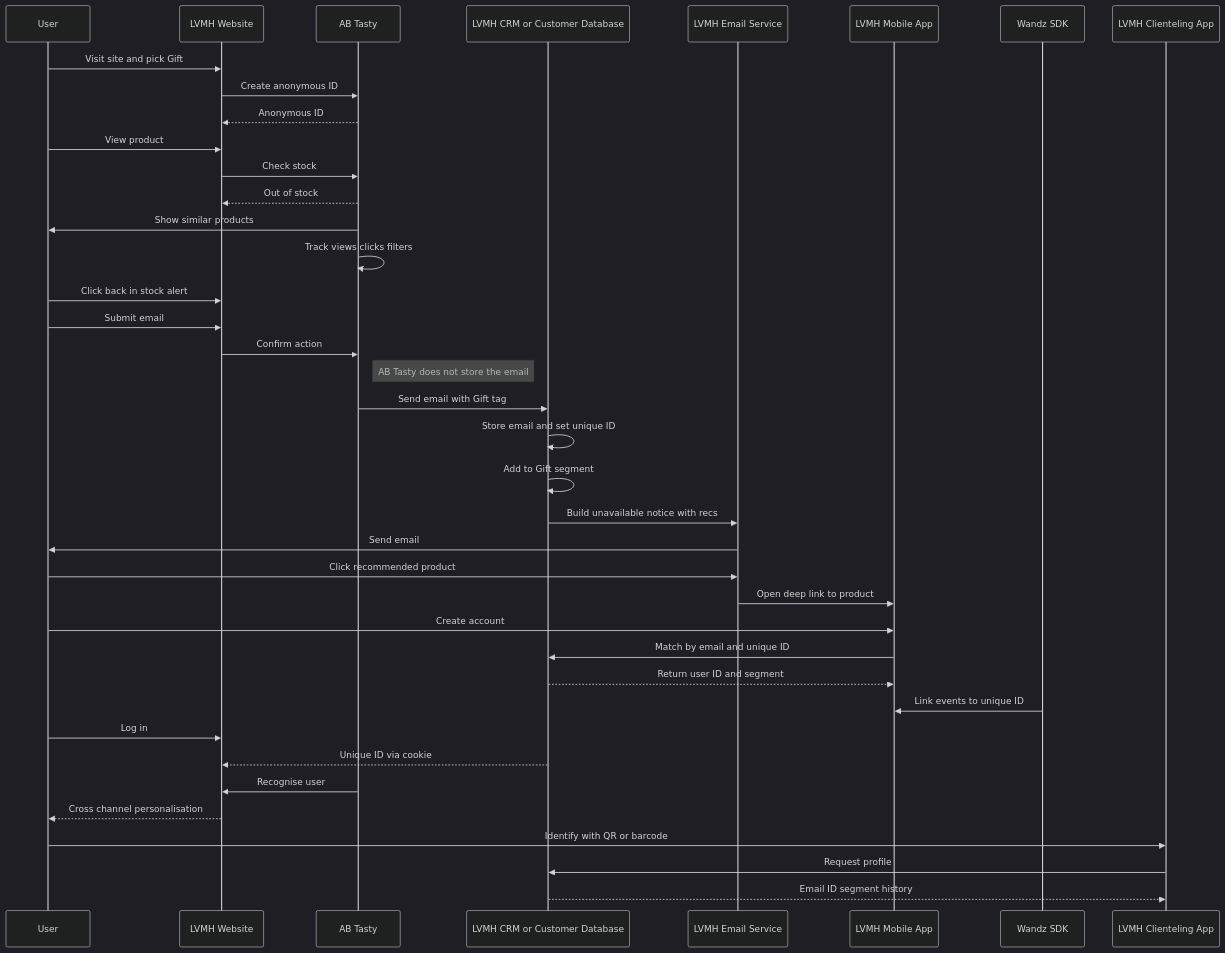
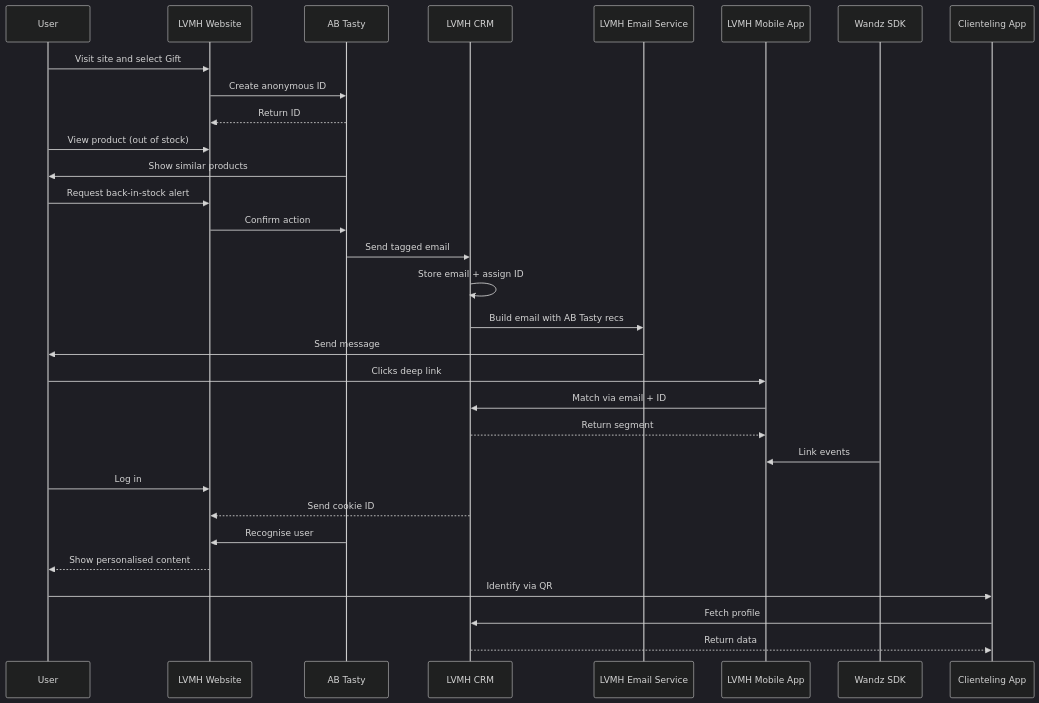
The second of 3 diagrams in README.md (valoudefou/luxury-perosnalisation-across-channel), drawn with Mermaid (dark theme) before and after one commit. The commit also changed other lines of this file, not shown here.

````diff
--- a/README.md
+++ b/README.md
@@ -106,53 +97,37 @@
 ```mermaid
 sequenceDiagram
   participant User
   participant Website as LVMH Website
   participant ABTasty as AB Tasty
-  participant CRM as LVMH CRM or Customer Database
+  participant CRM as LVMH CRM
   participant Email as LVMH Email Service
   participant App as LVMH Mobile App
   participant Wandz as Wandz SDK
-  participant Store as LVMH Clienteling App
+  participant Store as Clienteling App
 
-  %% Step 1 - LVMH Website visit
-  User->>Website: Visit site and pick Gift
+  User->>Website: Visit site and select Gift
   Website->>ABTasty: Create anonymous ID
-  ABTasty-->>Website: Anonymous ID
-  User->>Website: View product
-  Website->>ABTasty: Check stock
-  ABTasty-->>Website: Out of stock
+  ABTasty-->>Website: Return ID
+  User->>Website: View product (out of stock)
   ABTasty->>User: Show similar products
-  ABTasty->>ABTasty: Track views clicks filters
+  User->>Website: Request back-in-stock alert
+  Website->>ABTasty: Confirm action
+  ABTasty->>CRM: Send tagged email
 
-  %% Step 2 - Back in stock alert
-  User->>Website: Click back in stock alert
-  User->>Website: Submit email
-  Website->>ABTasty: Confirm action
-  note right of ABTasty: AB Tasty does not store the email
-  ABTasty->>CRM: Send email with Gift tag
+  CRM->>CRM: Store email + assign ID
+  CRM->>Email: Build email with AB Tasty recs
+  Email->>User: Send message
+  User->>App: Clicks deep link
+  App->>CRM: Match via email + ID
+  CRM-->>App: Return segment
+  Wandz->>App: Link events
 
-  %% Step 3 - LVMH CRM identification and email
-  CRM->>CRM: Store email and set unique ID
-  CRM->>CRM: Add to Gift segment
-  CRM->>Email: Build unavailable notice with recs
-  Email->>User: Send email
-  User->>Email: Click recommended product
+  User->>Website: Log in
+  CRM-->>Website: Send cookie ID
+  ABTasty->>Website: Recognise user
+  Website-->>User: Show personalised content
 
-  %% Step 4 - LVMH Mobile app interaction
-  Email->>App: Open deep link to product
-  User->>App: Create account
-  App->>CRM: Match by email and unique ID
-  CRM-->>App: Return user ID and segment
-  Wandz->>App: Link events to unique ID
-
-  %% Step 5 - LVMH Web login
-  User->>Website: Log in
-  CRM-->>Website: Unique ID via cookie
-  ABTasty->>Website: Recognise user
-  Website-->>User: Cross channel personalisation
-
-  %% Step 6 - LVMH In store
-  User->>Store: Identify with QR or barcode
-  Store->>CRM: Request profile
-  CRM-->>Store: Email ID segment history
+  User->>Store: Identify via QR
+  Store->>CRM: Fetch profile
+  CRM-->>Store: Return data
 ```
````
